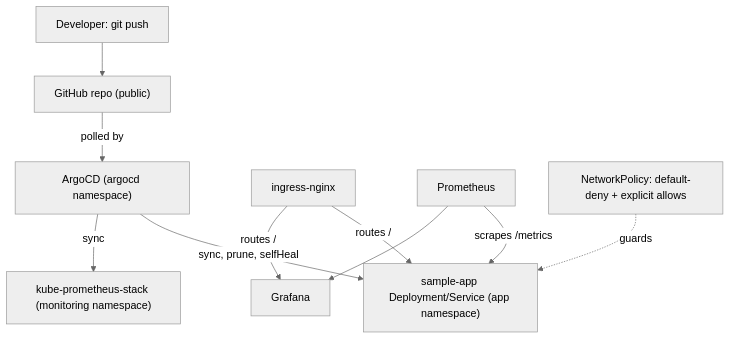
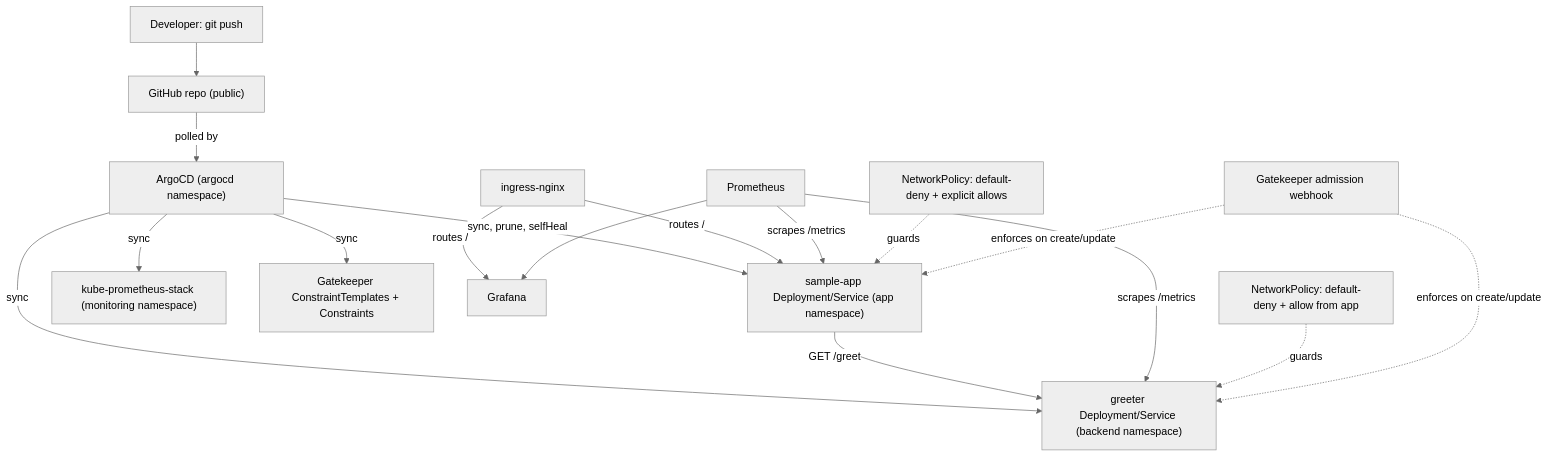
Before and after one commit to soodrajesh/minikube-gitops-platform: the diagram in README.md, drawn with Mermaid (neutral theme). The commit also changed other lines of this file and 21 other files, not shown here.

First line of the commit message:
Add greeter backend service and Gatekeeper policy-as-code

````diff
--- a/README.md
+++ b/README.md
@@ -10,12 +11,19 @@
 ```mermaid
 graph TD
     Dev["Developer: git push"] --> GH["GitHub repo (public)"]
     GH -->|polled by| ArgoCD["ArgoCD (argocd namespace)"]
     ArgoCD -->|sync, prune, selfHeal| App["sample-app Deployment/Service (app namespace)"]
+    ArgoCD -->|sync| Backend["greeter Deployment/Service (backend namespace)"]
     ArgoCD -->|sync| Monitoring["kube-prometheus-stack (monitoring namespace)"]
+    ArgoCD -->|sync| Policies["Gatekeeper ConstraintTemplates + Constraints"]
     Ingress["ingress-nginx"] -->|routes /| App
     Ingress -->|routes /| Grafana["Grafana"]
+    App -->|GET /greet| Backend
     Prometheus["Prometheus"] -->|scrapes /metrics| App
+    Prometheus -->|scrapes /metrics| Backend
     Prometheus --> Grafana
     NetPol["NetworkPolicy: default-deny + explicit allows"] -.guards.-> App
+    NetPol2["NetworkPolicy: default-deny + allow from app"] -.guards.-> Backend
+    Gatekeeper["Gatekeeper admission webhook"] -.enforces on create/update.-> App
+    Gatekeeper -.enforces on create/update.-> Backend
 ```
````
